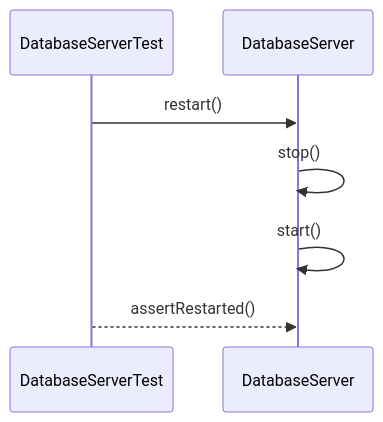
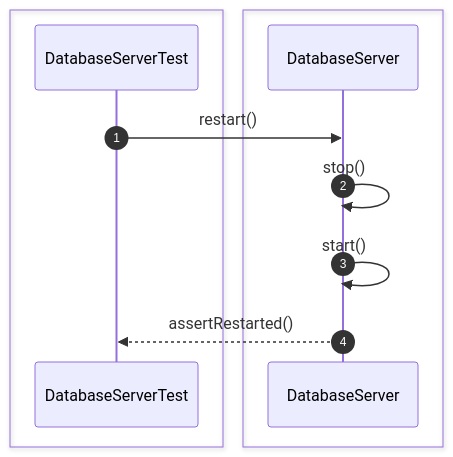
The third of 52 diagrams in src/sequence/db-server.md (Huy1801214/dbms-architecture), drawn with Mermaid before and after one commit. The commit also changed other lines of this file and 10 other files, not shown here.

Commit message:
add comprehensive sequence diagrams and documentation for system architecture and unit testing specifications

````diff
--- a/src/sequence/db-server.md
+++ b/src/sequence/db-server.md
@@ -28,10 +42,16 @@
 ```mermaid
 sequenceDiagram
+    autonumber
+
+    box #e1f5fe Test Suite
     participant Test as DatabaseServerTest
+    end
+    box #e3f2fd Server Managers
     participant Server as DatabaseServer
+    end
 
     Test->>Server: restart()
     Server->>Server: stop()
     Server->>Server: start()
-    Test-->>Server: assertRestarted()
+    Server-->>Test: assertRestarted()
 ```
````
